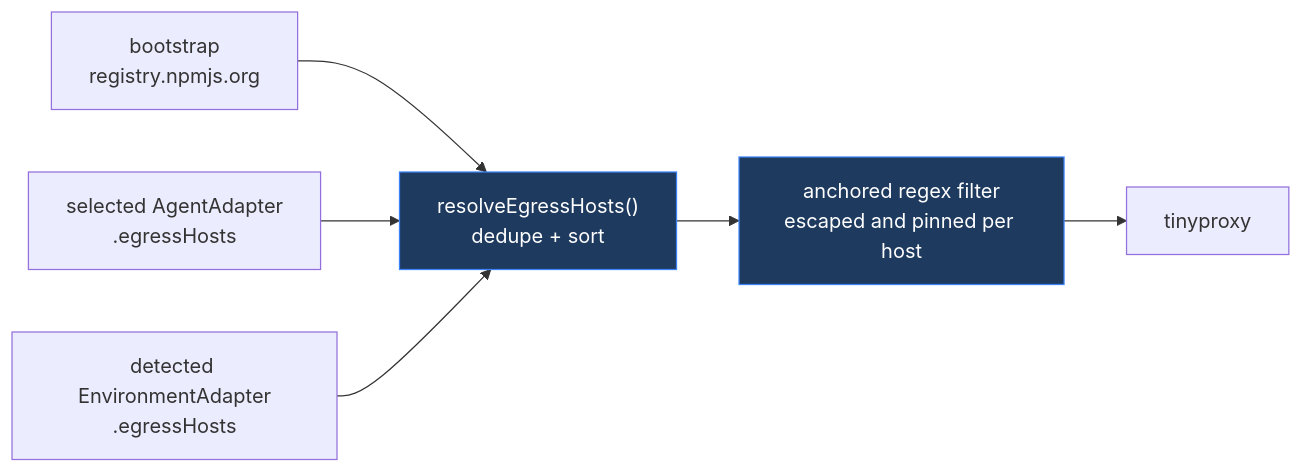
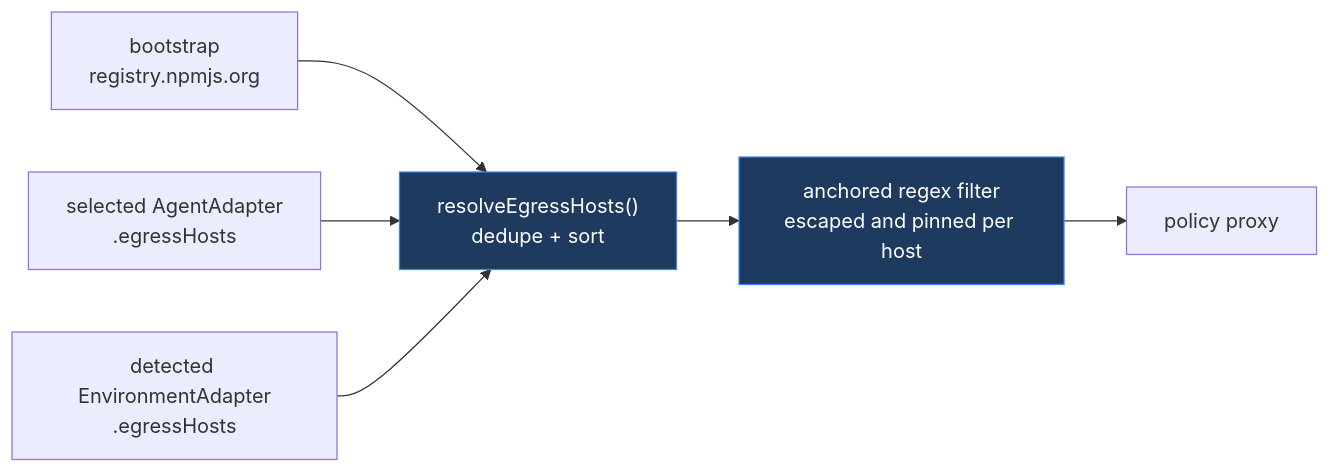
The fifth of 9 diagrams in packages/coding-agent-sandbox/docs/network-hardening-plan.md (pixpilot/agent-tools), drawn with Mermaid before and after one commit. The commit also changed other lines of this file and 42 other files, not shown here.

````diff
--- a/packages/coding-agent-sandbox/docs/network-hardening-plan.md
+++ b/packages/coding-agent-sandbox/docs/network-hardening-plan.md
@@ -156,11 +156,11 @@
 ```mermaid
 flowchart LR
   B["bootstrap<br/>registry.npmjs.org"] --> R
   AG["selected AgentAdapter<br/>.egressHosts"] --> R
   EN["detected EnvironmentAdapter<br/>.egressHosts"] --> R
   R["resolveEgressHosts()<br/>dedupe + sort"] --> F["anchored regex filter<br/>escaped and pinned per host"]
-  F --> P["tinyproxy"]
+  F --> P["policy proxy"]
 
   style R fill:#1e3a5f,color:#fff,stroke:#3b82f6
   style F fill:#1e3a5f,color:#fff,stroke:#3b82f6
 ```
````
